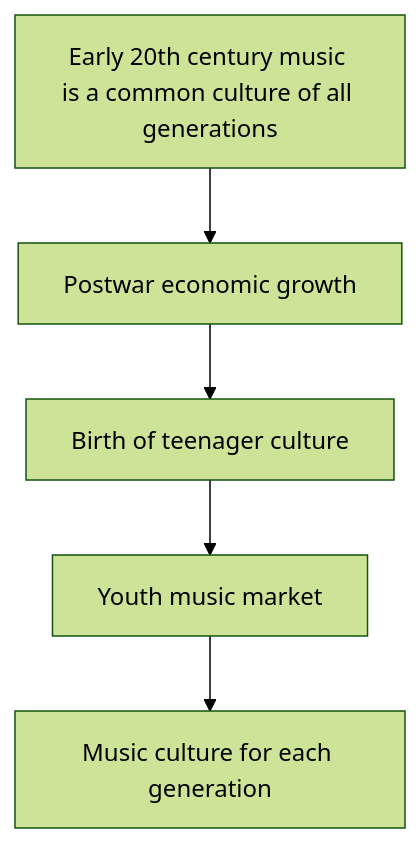
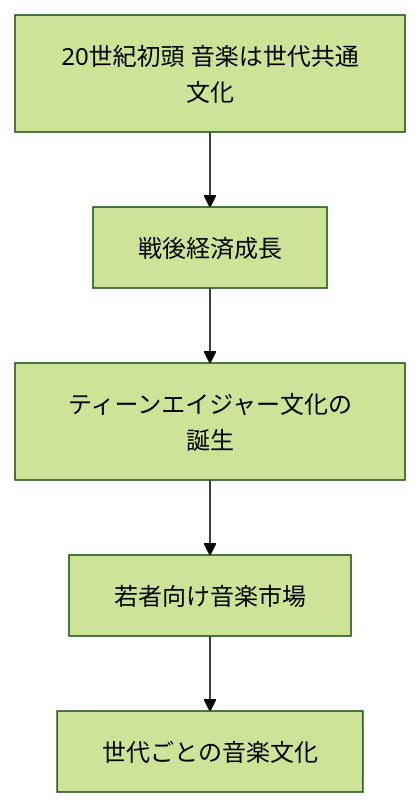
One commit to monumental-movement/monumental-movement.github.io changed the first of 4 diagrams in en/_posts/2026-03-13-column-column-why-music-defines-generations.md. Above: the diagram before and after it, drawn with Mermaid (forest theme). The commit also changed other lines of this file and 2196 other files, not shown here.

```diff
--- a/en/_posts/2026-03-13-column-column-why-music-defines-generations.md
+++ b/en/_posts/2026-03-13-column-column-why-music-defines-generations.md
@@ -73,7 +73,7 @@
 <div class="mermaid">
 graph TD
-A[Early 20th century music is a common culture of all generations] --> B[Postwar economic growth]
-B --> C[Birth of teenager culture]
-C --> D[Youth music market]
-D --> E[Music culture for each generation]
+A[20世紀初頭 音楽は世代共通文化] --> B[戦後経済成長]
+B --> C[ティーンエイジャー文化の誕生]
+C --> D[若者向け音楽市場]
+D --> E[世代ごとの音楽文化]
 </div>
```
